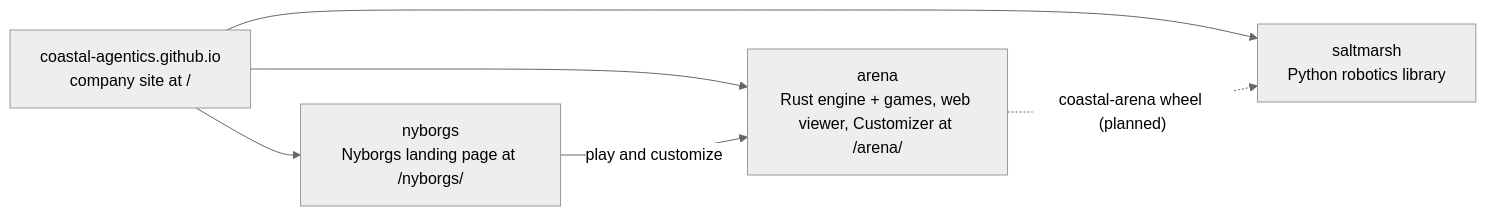
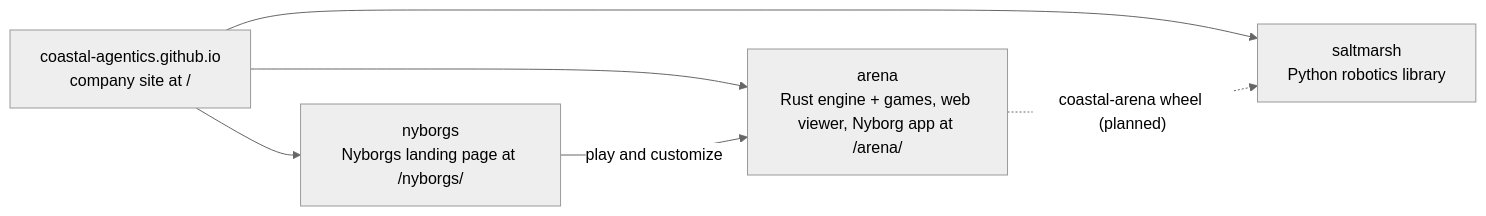
The diagram in README.md (Coastal-Agentics/nyborgs), drawn with Mermaid (neutral theme) before and after one commit. The commit also changed other lines of this file and 7 other files, not shown here.

Commit message:
Front door: Make your Nyborg leads into the Nyborg app; new fuzzy-hair art; welcome back (#4)

````diff
--- a/README.md
+++ b/README.md
@@ -19,12 +20,12 @@
 ```mermaid
 flowchart LR
     site["coastal-agentics.github.io<br/>company site at /"]
     nyborgs["nyborgs<br/>Nyborgs landing page at /nyborgs/"]
-    arena["arena<br/>Rust engine + games, web viewer, Customizer at /arena/"]
+    arena["arena<br/>Rust engine + games, web viewer, Nyborg app at /arena/"]
     saltmarsh["saltmarsh<br/>Python robotics library"]
     site --> nyborgs
     site --> arena
     site --> saltmarsh
     nyborgs -- "play and customize" --> arena
     arena -. "coastal-arena wheel (planned)" .-> saltmarsh
 ```
````
